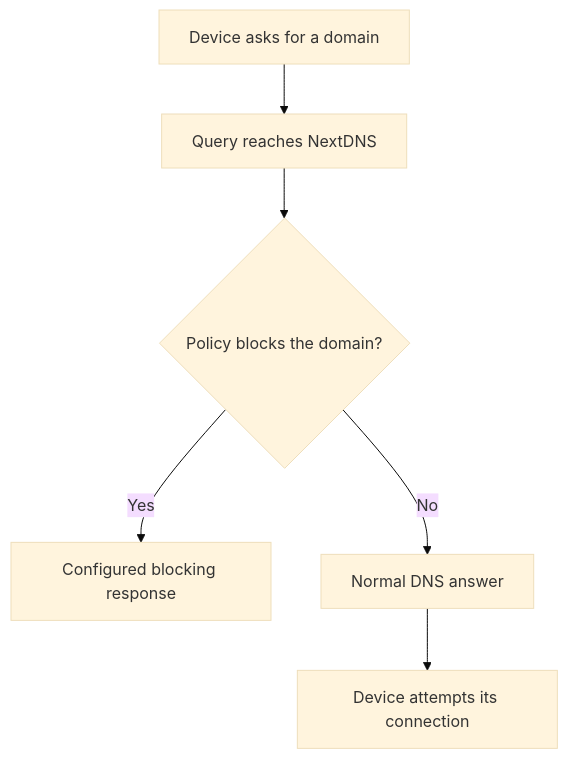
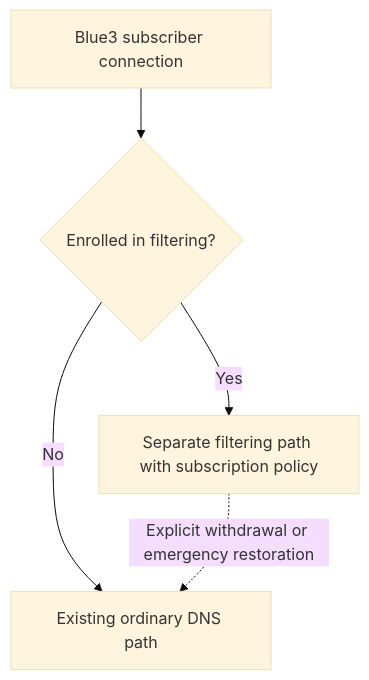
Before and after one commit to samirhvbr/blue3-dns: the diagram in README.md, drawn with Mermaid (base theme). The commit also changed other lines of this file and 14 other files, not shown here.

Commit message:
0.1.1 - Propose a DNS filtering pilot for Blue3 subscribers

````diff
--- a/README.md
+++ b/README.md
@@ -22,8 +26,7 @@
 ```mermaid
 flowchart TD
-    A[Device asks for a domain] --> B[Query reaches NextDNS]
-    B --> C{Policy blocks the domain?}
-    C -->|Yes| D[Configured blocking response]
-    C -->|No| E[Normal DNS answer]
-    E --> F[Device attempts its connection]
+    A[Blue3 subscriber connection] --> B{Enrolled in filtering?}
+    B -->|Yes| C[Separate filtering path with subscription policy]
+    B -->|No| D[Existing ordinary DNS path]
+    C -. Explicit withdrawal or emergency restoration .-> D
 ```
````
